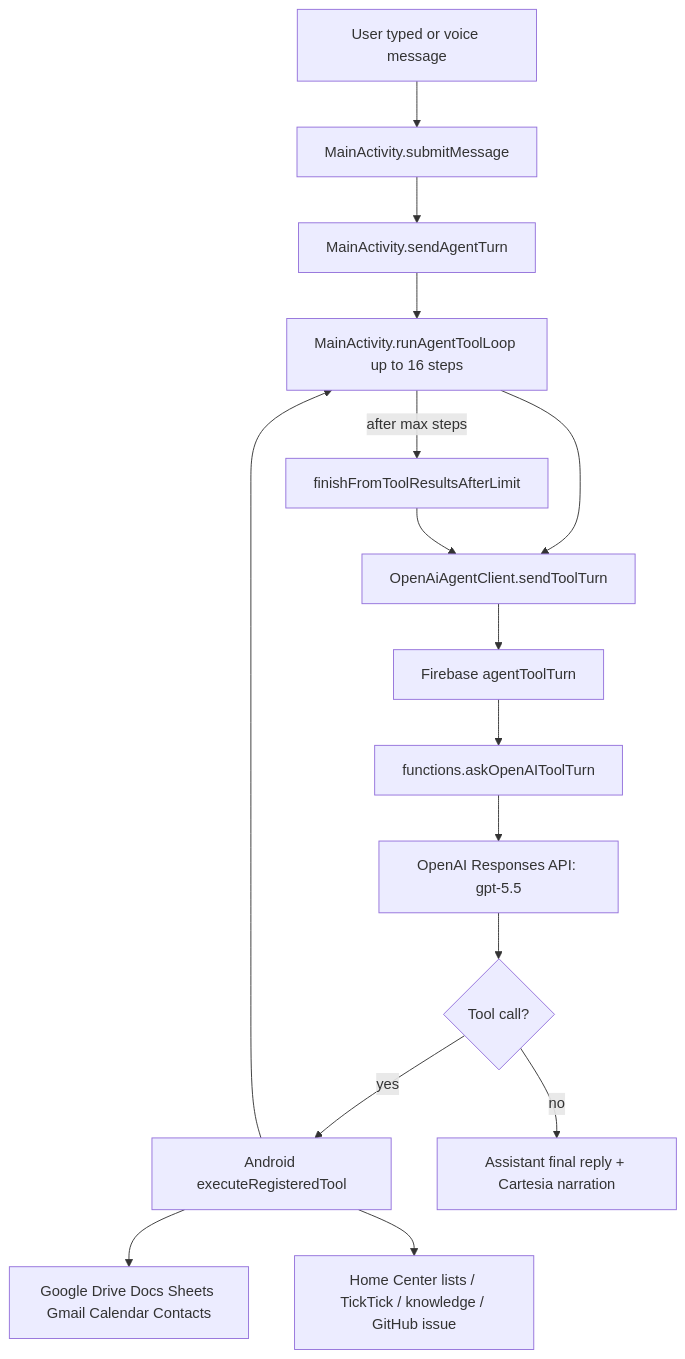
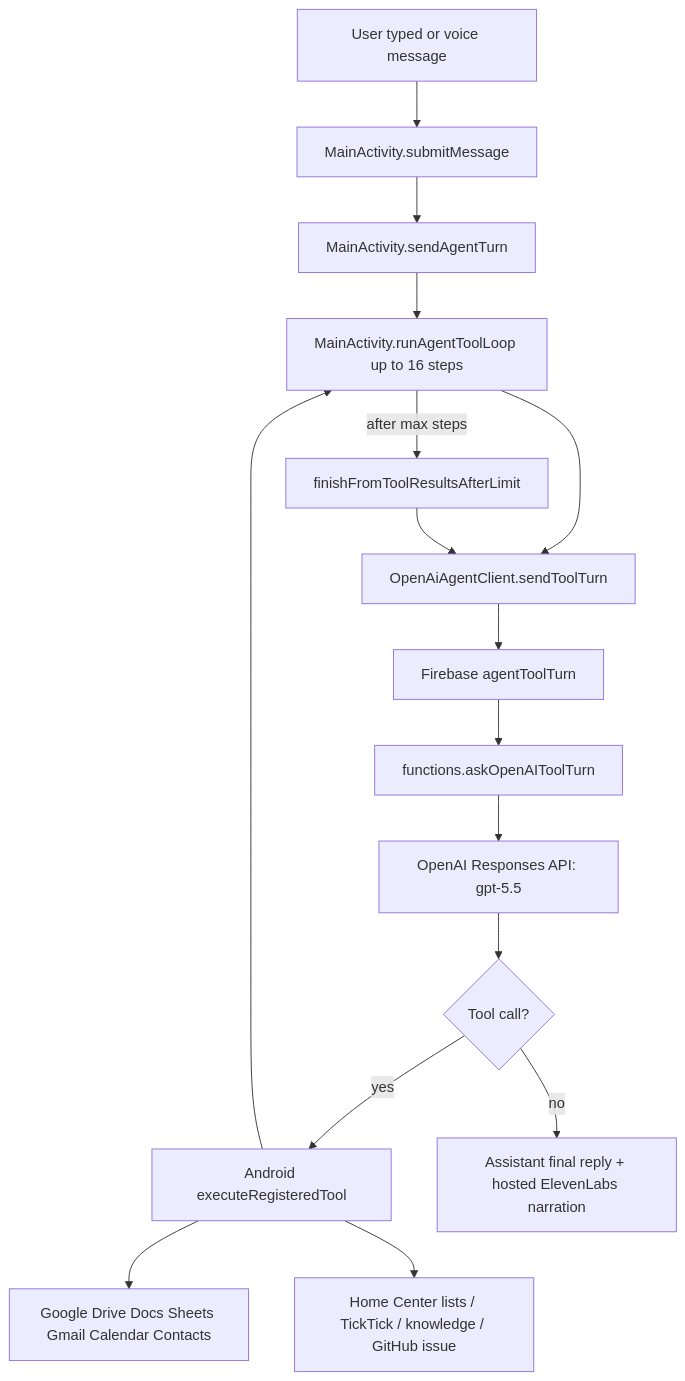
One commit to Valar05/home-center changed the first of 2 diagrams in docs/AI_COST_AUDIT.md. Above: the diagram before and after it, drawn with Mermaid. The commit also changed 42 other files, not shown here.

````diff
--- a/docs/AI_COST_AUDIT.md
+++ b/docs/AI_COST_AUDIT.md
@@ -23,33 +23,33 @@
 ```mermaid
 flowchart TD
     User[User typed or voice message]
     AndroidSubmit[MainActivity.submitMessage]
     AgentTurn[MainActivity.sendAgentTurn]
     ToolLoop[MainActivity.runAgentToolLoop up to 16 steps]
     Client[OpenAiAgentClient.sendToolTurn]
     Gateway[Firebase agentToolTurn]
     Planner[functions.askOpenAIToolTurn]
     OpenAI[OpenAI Responses API: gpt-5.5]
     ToolCall{Tool call?}
     AndroidTool[Android executeRegisteredTool]
     Google[Google Drive Docs Sheets Gmail Calendar Contacts]
     Lists[Home Center lists / TickTick / knowledge / GitHub issue]
-    Final[Assistant final reply + Cartesia narration]
+    Final[Assistant final reply + hosted ElevenLabs narration]
     Recovery[finishFromToolResultsAfterLimit]
 
     User --> AndroidSubmit
     AndroidSubmit --> AgentTurn
     AgentTurn --> ToolLoop
     ToolLoop --> Client
     Client --> Gateway
     Gateway --> Planner
     Planner --> OpenAI
     OpenAI --> ToolCall
     ToolCall -- yes --> AndroidTool
     AndroidTool --> Google
     AndroidTool --> Lists
     AndroidTool --> ToolLoop
     ToolCall -- no --> Final
     ToolLoop -- after max steps --> Recovery
     Recovery --> Client
 ```
````
